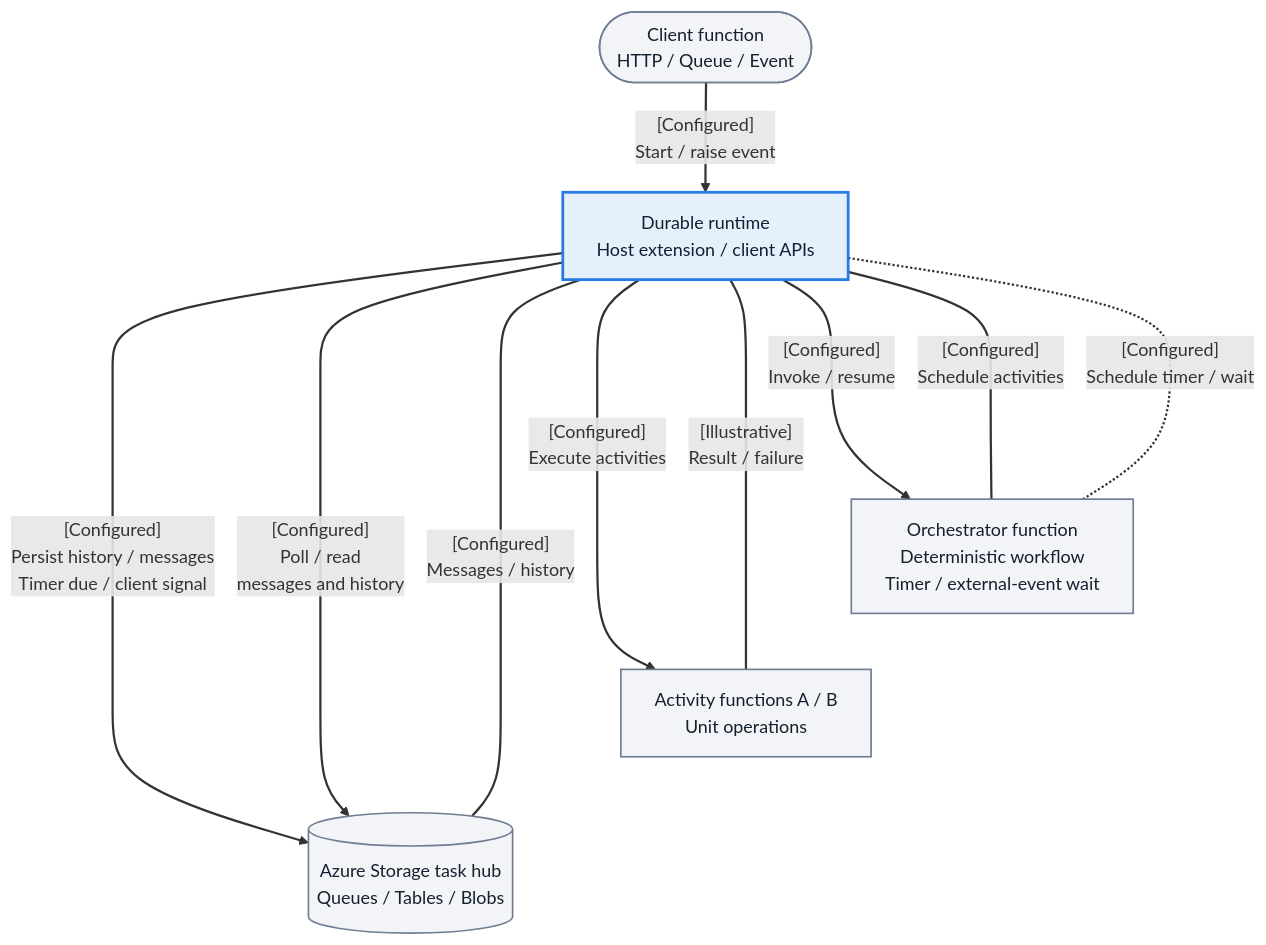
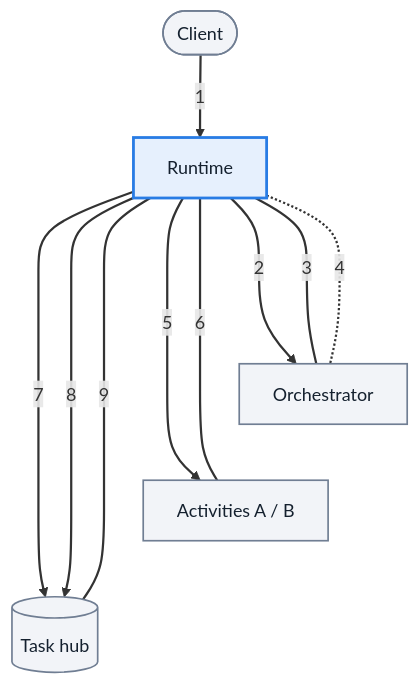
The eighth of 8 diagrams in docs/platform/architecture/index.md (yeongseon/azure-functions-practical-guide), drawn with Mermaid before and after one commit. The commit also changed other lines of this file, not shown here.

First line of the commit message:
docs(diagrams): restore mobile legibility with keyed role legends

````diff
--- a/docs/platform/architecture/index.md
+++ b/docs/platform/architecture/index.md
@@ -632,27 +683,27 @@
 ```mermaid
 flowchart TD
     accTitle: How does Durable Functions persist and resume work?
     accDescr: Generic HTTP, queue or event client starts or signals orchestration through Durable APIs. Orchestrator code schedules activities and timers through the runtime and waits for external events. For the Azure Storage provider the runtime persists messages/history and polls the task hub, then resumes orchestration; a waiting object never sends its own signal.
-    client(["Client function<br/>HTTP / Queue / Event"])
-    app_runtime["Durable runtime<br/>Host extension / client APIs"]
-    orchestrator["Orchestrator function<br/>Deterministic workflow<br/>Timer / external-event wait"]
-    activity["Activity functions A / B<br/>Unit operations"]
-    storage_db[("Azure Storage task hub<br/>Queues / Tables / Blobs")]
-    client -->|"[Configured]<br/>Start / raise event"| app_runtime
-    app_runtime -->|"[Configured]<br/>Invoke / resume"| orchestrator
-    app_runtime <---|"[Configured]<br/>Schedule activities"| orchestrator
-    app_runtime <-.-|"[Configured]<br/>Schedule timer / wait"| orchestrator
-    app_runtime -->|"[Configured]<br/>Execute activities"| activity
-    app_runtime <---|"[Illustrative]<br/>Result / failure"| activity
-    app_runtime -->|"[Configured]<br/>Persist history / messages<br/>Timer due / client signal"| storage_db
-    app_runtime -->|"[Configured]<br/>Poll / read<br/>messages and history"| storage_db
-    app_runtime <---|"[Configured]<br/>Messages / history"| storage_db
+    client(["Client"])
+    app_runtime["Runtime"]
+    orchestrator["Orchestrator"]
+    activity["Activities A / B"]
+    storage_db[("Task hub")]
+    client -->|"1"| app_runtime
+    app_runtime -->|"2"| orchestrator
+    app_runtime <---|"3"| orchestrator
+    app_runtime <-.-|"4"| orchestrator
+    app_runtime -->|"5"| activity
+    app_runtime <---|"6"| activity
+    app_runtime -->|"7"| storage_db
+    app_runtime -->|"8"| storage_db
+    app_runtime <---|"9"| storage_db
     %% Layout-only anchors add no workflow steps or transport relationships.
     orchestrator ~~~ activity
     activity ~~~ storage_db
     classDef baseNeutral fill:#f2f4f8,stroke:#707e93,stroke-width:1.5px,color:#14202e;
     classDef focusActive fill:#e6f0fd,stroke:#287ce4,stroke-width:2.5px,color:#14202e;
     class client,orchestrator,activity,storage_db baseNeutral;
     class app_runtime focusActive;
     linkStyle default stroke-width:2px;
 ```
````
